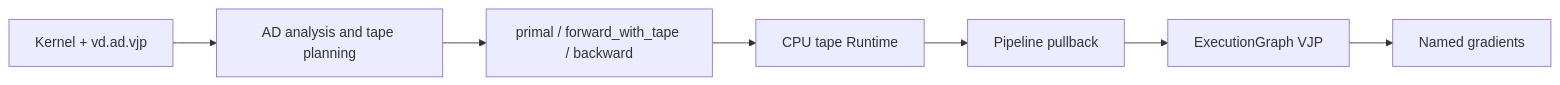
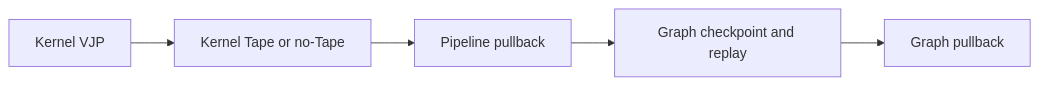
The first of 4 diagrams in specs/autodiff_tutorial.md (morphling666/VernonDSL), drawn with Mermaid before and after one commit. The commit also changed other lines of this file and 109 other files, not shown here.

````diff
--- a/specs/autodiff_tutorial.md
+++ b/specs/autodiff_tutorial.md
@@ -19,9 +27,7 @@
 ```mermaid
 flowchart LR
-    Source["Kernel + vd.ad.vjp"] --> Compiler["AD analysis and tape planning"]
-    Compiler --> Profiles["primal / forward_with_tape / backward"]
-    Profiles --> Runtime["CPU tape Runtime"]
-    Runtime --> PipelinePullback["Pipeline pullback"]
-    PipelinePullback --> GraphVjp["ExecutionGraph VJP"]
-    GraphVjp --> NamedGradients["Named gradients"]
+    Kernel["Kernel VJP"] --> KernelTape["Kernel Tape or no-Tape"]
+    KernelTape --> PipelinePullback["Pipeline pullback"]
+    PipelinePullback --> GraphCheckpoint["Graph checkpoint and replay"]
+    GraphCheckpoint --> GraphPullback["Graph pullback"]
 ```
````
